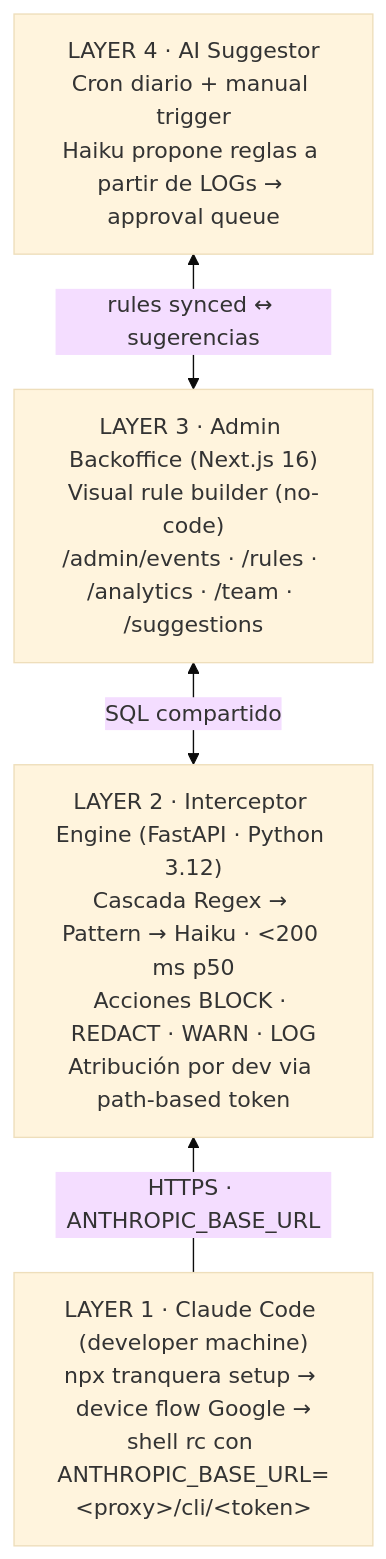
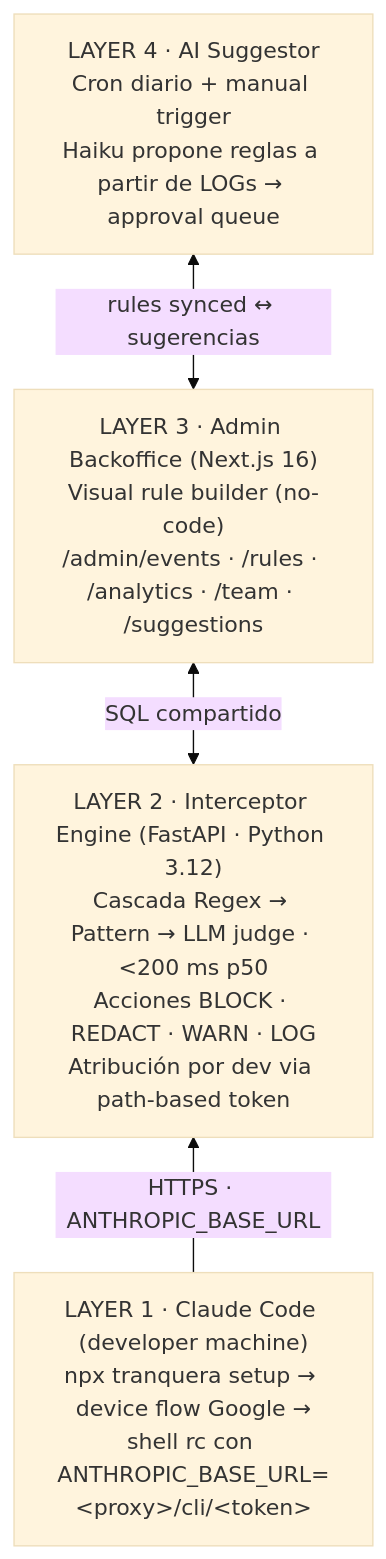
The first of 4 diagrams in README.md (ram4-dev/security_agent_middleware), drawn with Mermaid (base theme) before and after one commit. The commit also changed other lines of this file and 13 other files, not shown here.

````diff
--- a/README.md
+++ b/README.md
@@ -89,11 +89,11 @@
 ```mermaid
 flowchart BT
   L1["LAYER 1 · Claude Code (developer machine)<br/>npx tranquera setup → device flow Google →<br/>shell rc con ANTHROPIC_BASE_URL=&lt;proxy&gt;/cli/&lt;token&gt;"]
-  L2["LAYER 2 · Interceptor Engine (FastAPI · Python 3.12)<br/>Cascada Regex → Pattern → Haiku · &lt;200 ms p50<br/>Acciones BLOCK · REDACT · WARN · LOG<br/>Atribución por dev via path-based token"]
+  L2["LAYER 2 · Interceptor Engine (FastAPI · Python 3.12)<br/>Cascada Regex → Pattern → LLM judge · &lt;200 ms p50<br/>Acciones BLOCK · REDACT · WARN · LOG<br/>Atribución por dev via path-based token"]
   L3["LAYER 3 · Admin Backoffice (Next.js 16)<br/>Visual rule builder (no-code)<br/>/admin/events · /rules · /analytics · /team · /suggestions"]
   L4["LAYER 4 · AI Suggestor<br/>Cron diario + manual trigger<br/>Haiku propone reglas a partir de LOGs → approval queue"]
 
   L1 -->|HTTPS · ANTHROPIC_BASE_URL| L2
   L2 <-->|SQL compartido| L3
   L3 <-->|rules synced ↔ sugerencias| L4
 ```
````
